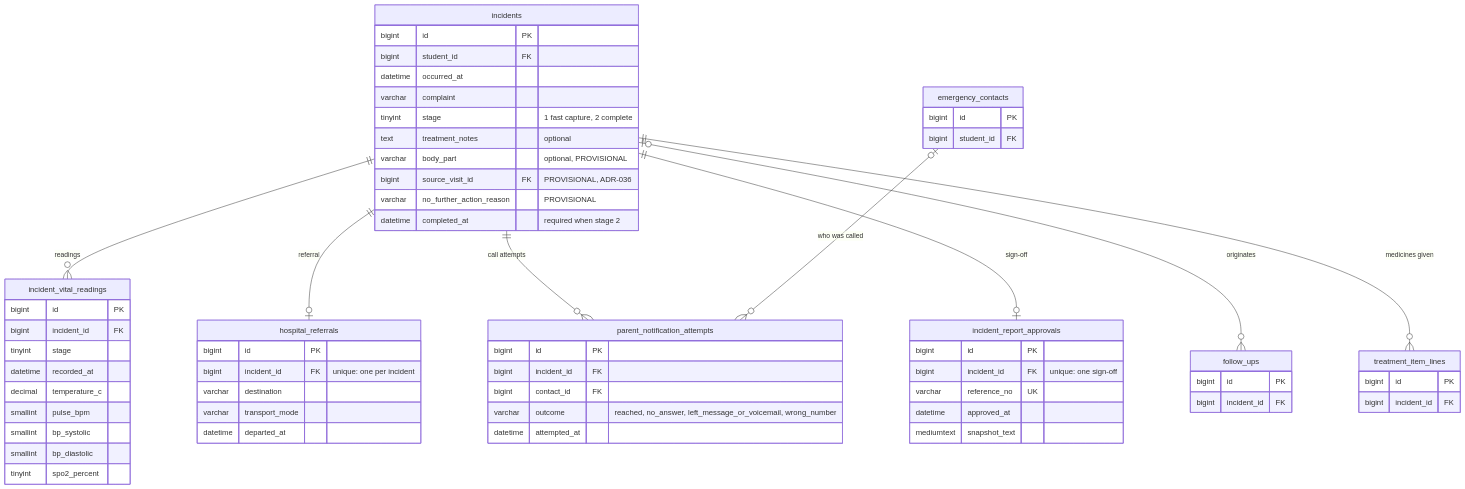
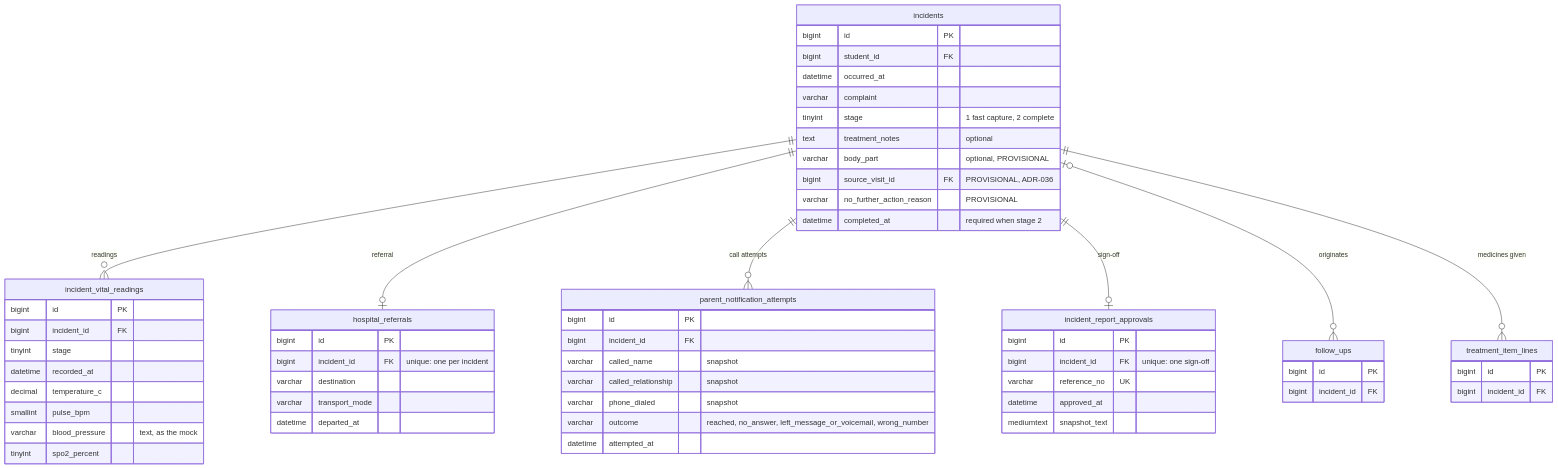
Before and after one commit to zekuuu/cliniq: the fourth of 6 diagrams in CLINIQ-Knowledge-Base/02-Architecture/Database/ERD.md, drawn with Mermaid. The commit also changed other lines of this file and 4 other files, not shown here.

Commit message:
docs(erd): close the review gaps in the schema and dictionary

````diff
--- a/CLINIQ-Knowledge-Base/02-Architecture/Database/ERD.md
+++ b/CLINIQ-Knowledge-Base/02-Architecture/Database/ERD.md
@@ -363,66 +362,62 @@
 ```mermaid
 erDiagram
     incidents {
         bigint id PK
         bigint student_id FK
         datetime occurred_at
         varchar complaint
         tinyint stage "1 fast capture, 2 complete"
         text treatment_notes "optional"
         varchar body_part "optional, PROVISIONAL"
         bigint source_visit_id FK "PROVISIONAL, ADR-036"
         varchar no_further_action_reason "PROVISIONAL"
         datetime completed_at "required when stage 2"
     }
     incident_vital_readings {
         bigint id PK
         bigint incident_id FK
         tinyint stage
         datetime recorded_at
         decimal temperature_c
         smallint pulse_bpm
-        smallint bp_systolic
-        smallint bp_diastolic
+        varchar blood_pressure "text, as the mock"
         tinyint spo2_percent
     }
     hospital_referrals {
         bigint id PK
         bigint incident_id FK "unique: one per incident"
         varchar destination
         varchar transport_mode
         datetime departed_at
     }
     parent_notification_attempts {
         bigint id PK
         bigint incident_id FK
-        bigint contact_id FK
+        varchar called_name "snapshot"
+        varchar called_relationship "snapshot"
+        varchar phone_dialed "snapshot"
         varchar outcome "reached, no_answer, left_message_or_voicemail, wrong_number"
         datetime attempted_at
     }
     incident_report_approvals {
         bigint id PK
         bigint incident_id FK "unique: one sign-off"
         varchar reference_no UK
         datetime approved_at
         mediumtext snapshot_text
-    }
-    emergency_contacts {
-        bigint id PK
-        bigint student_id FK
     }
     follow_ups {
         bigint id PK
         bigint incident_id FK
     }
     treatment_item_lines {
         bigint id PK
         bigint incident_id FK
     }
     incidents ||--o{ incident_vital_readings : readings
     incidents ||--o| hospital_referrals : referral
     incidents ||--o{ parent_notification_attempts : "call attempts"
     incidents ||--o| incident_report_approvals : "sign-off"
-    emergency_contacts |o--o{ parent_notification_attempts : "who was called"
     incidents |o--o{ follow_ups : originates
     incidents ||--o{ treatment_item_lines : "medicines given"
 ```
````
